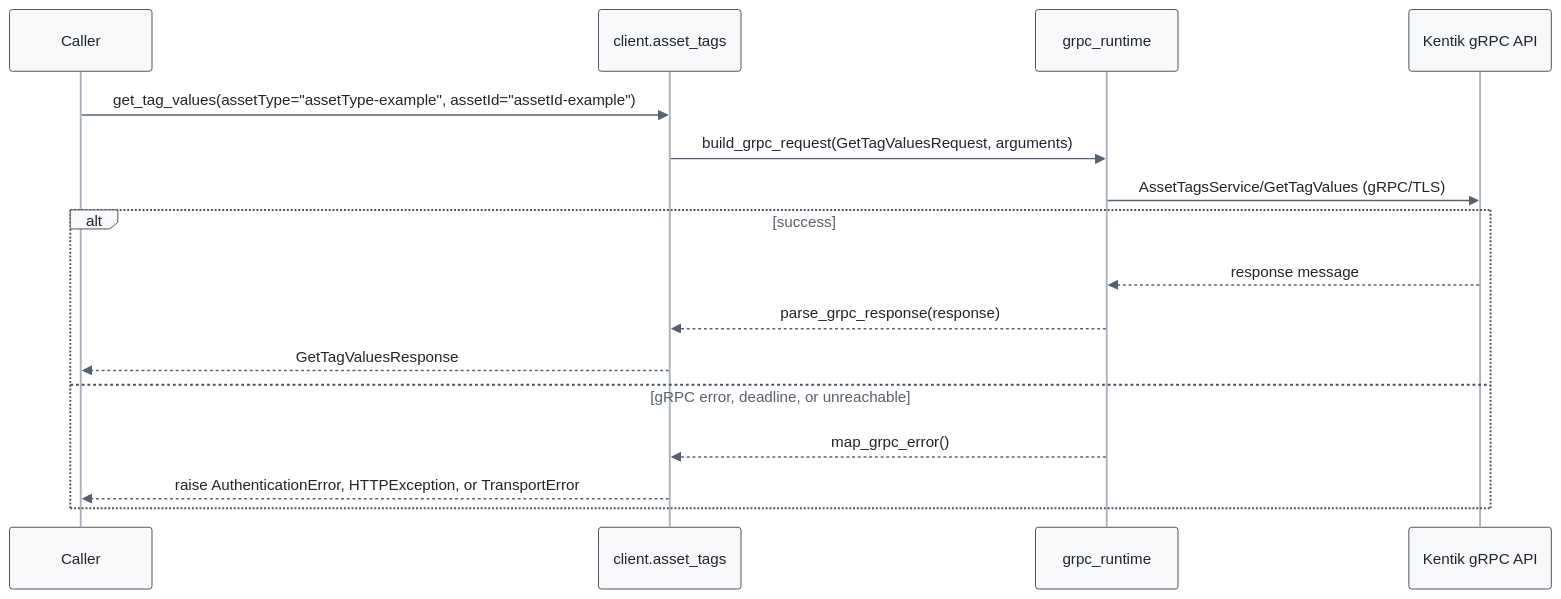
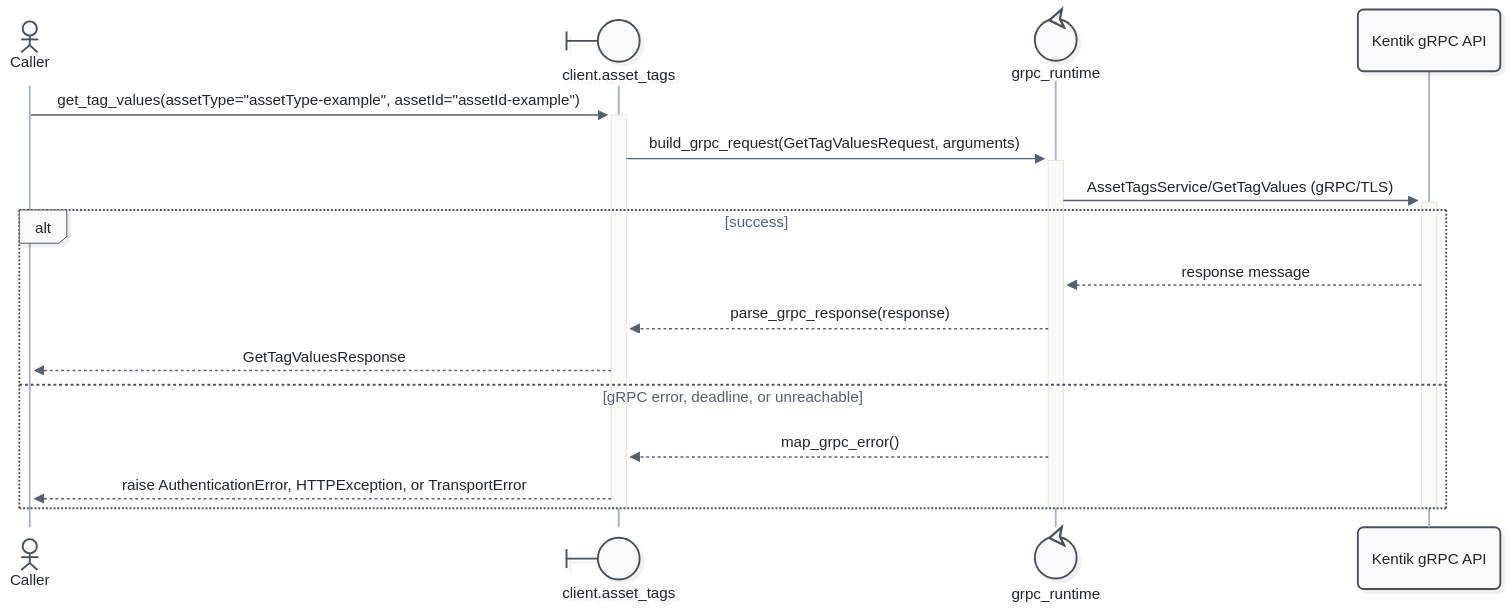
The second of 19 diagrams in docs/sphinx/services/asset_tags.md (alexdearaujo/community_sdk_python), drawn with Mermaid before and after one commit. The commit also changed other lines of this file and 52 other files, not shown here.

First line of the commit message:
docs: Mermaid 12 sequence diagrams with participant types and path colors

````diff
--- a/docs/sphinx/services/asset_tags.md
+++ b/docs/sphinx/services/asset_tags.md
@@ -55,20 +57,23 @@
 ```mermaid
-%%{init: {"theme": "base", "fontFamily": "ui-monospace, SFMono-Regular, Menlo, monospace", "themeVariables": {"fontFamily": "ui-monospace, SFMono-Regular, Menlo, monospace", "primaryColor": "#f8f9fa", "primaryBorderColor": "#495057", "primaryTextColor": "#212529", "textColor": "#212529", "lineColor": "#77818c", "edgeLabelBackground": "#ffffff", "actorBkg": "#f8f9fa", "actorBorder": "#495057", "actorTextColor": "#212529", "actorLineColor": "#a9b3be", "signalColor": "#57616d", "signalTextColor": "#212529", "labelBoxBkgColor": "#f8f9fa", "labelBoxBorderColor": "#495057", "labelTextColor": "#212529", "loopTextColor": "#57616d", "noteBkgColor": "#fff9db", "noteBorderColor": "#f08c00", "noteTextColor": "#a35a00"}, "flowchart": {"curve": "step", "nodeSpacing": 30, "rankSpacing": 70, "wrappingWidth": 400}}}%%
+%%{init: {"theme": "redux", "look": "neo", "layout": "dagre", "fontFamily": "ui-monospace, SFMono-Regular, Menlo, monospace", "themeVariables": {"fontFamily": "ui-monospace, SFMono-Regular, Menlo, monospace", "primaryColor": "#f8f9fa", "primaryBorderColor": "#495057", "primaryTextColor": "#212529", "textColor": "#212529", "lineColor": "#77818c", "edgeLabelBackground": "#ffffff", "actorBkg": "#f8f9fa", "actorBorder": "#495057", "actorTextColor": "#212529", "actorLineColor": "#a9b3be", "signalColor": "#57616d", "signalTextColor": "#212529", "labelBoxBkgColor": "#f8f9fa", "labelBoxBorderColor": "#495057", "labelTextColor": "#212529", "loopTextColor": "#57616d", "noteBkgColor": "#fff9db", "noteBorderColor": "#f08c00", "noteTextColor": "#a35a00"}, "sequence": {"activationWidth": 16}, "flowchart": {"curve": "step", "nodeSpacing": 30, "rankSpacing": 70, "wrappingWidth": 400}}}%%
 sequenceDiagram
-    participant C as Caller
-    participant W as client.asset_tags
-    participant R as grpc_runtime
+    actor C as Caller
+    participant W@{ "type": "boundary" } as client.asset_tags
+    participant R@{ "type": "control" } as grpc_runtime
     participant API as Kentik gRPC API
 
-    C->>W: get_tag_values(assetType="assetType-example", assetId="assetId-example")
-    W->>R: build_grpc_request(GetTagValuesRequest, arguments)
-    R->>API: AssetTagsService/GetTagValues (gRPC/TLS)
+    C->>+W: get_tag_values(assetType="assetType-example", assetId="assetId-example")
+    W->>+R: build_grpc_request(GetTagValuesRequest, arguments)
+    R->>+API: AssetTagsService/GetTagValues (gRPC/TLS)
     alt success
         API-->>R: response message
         R-->>W: parse_grpc_response(response)
         W-->>C: GetTagValuesResponse
     else gRPC error, deadline, or unreachable
         R-->>W: map_grpc_error()
         W-->>C: raise AuthenticationError, HTTPException, or TransportError
     end
+    deactivate API
+    deactivate R
+    deactivate W
 ```
````
